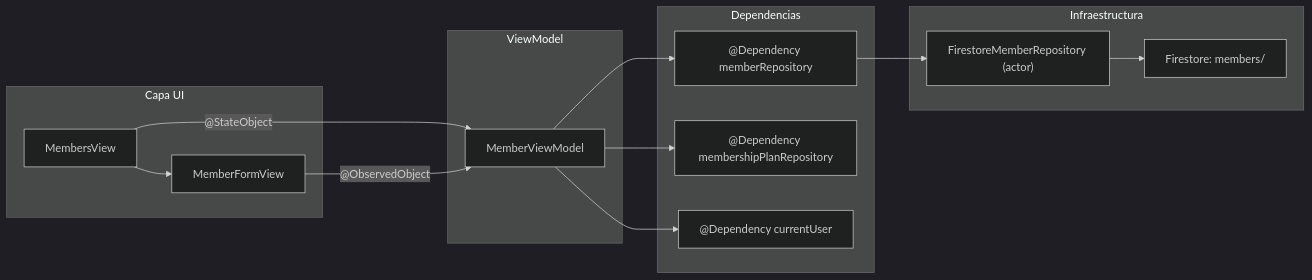
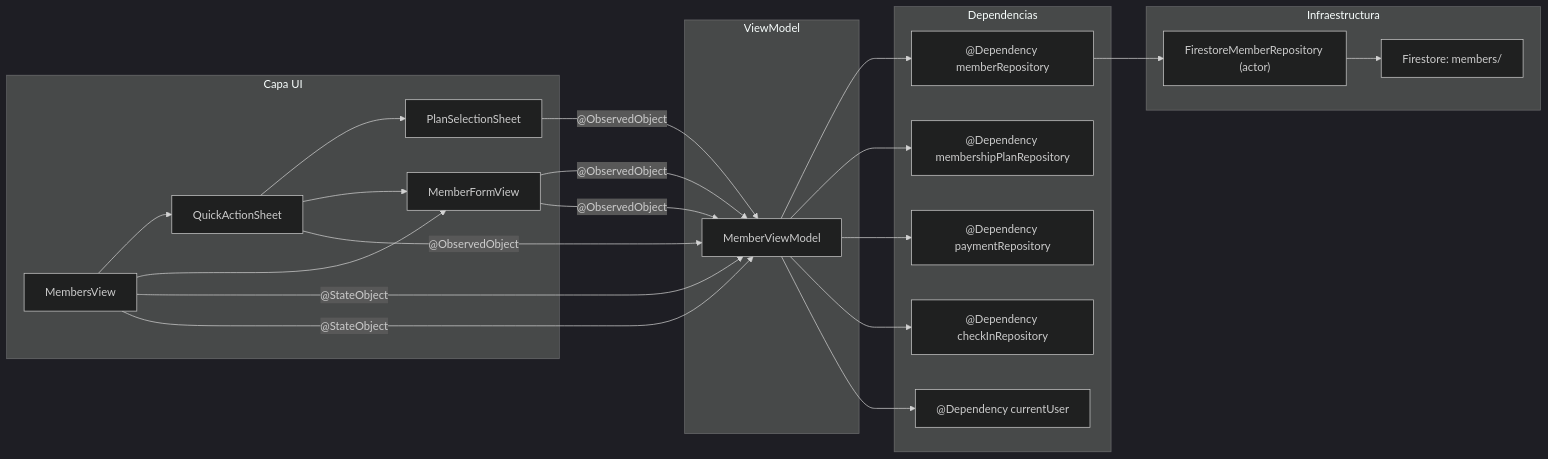
One commit to fsaldivar-dev/sajarubox-mcp changed the first of 6 diagrams in knowledge/ios-implementation/06-member-module.md. Above: the diagram before and after it, drawn with Mermaid (dark theme). The commit also changed other lines of this file and 5 other files, not shown here.

First line of the commit message:
docs: v1.4.0 — QuickActionSheet, cobro rapido de visita y primera visita gratis

````diff
--- a/knowledge/ios-implementation/06-member-module.md
+++ b/knowledge/ios-implementation/06-member-module.md
@@ -36,29 +38,40 @@
 ```mermaid
 flowchart LR
     subgraph ui [Capa UI]
+        MembersView --> QuickActionSheet
+        QuickActionSheet --> PlanSelectionSheet
+        QuickActionSheet --> MemberFormView
         MembersView --> MemberFormView
     end
 
     subgraph vm [ViewModel]
         MemberViewModel
     end
 
     subgraph deps [Dependencias]
         MemberRepo["@Dependency memberRepository"]
         PlanRepo["@Dependency membershipPlanRepository"]
+        PaymentRepo["@Dependency paymentRepository"]
+        CheckInRepo["@Dependency checkInRepository"]
         CurrentUser["@Dependency currentUser"]
     end
 
     subgraph infra [Infraestructura]
         FirestoreMemberRepo["FirestoreMemberRepository (actor)"]
         Firestore["Firestore: members/"]
     end
 
     MembersView -->|"@StateObject"| MemberViewModel
     MemberFormView -->|"@ObservedObject"| MemberViewModel
+    MembersView -->|"@StateObject"| MemberViewModel
+    QuickActionSheet -->|"@ObservedObject"| MemberViewModel
+    PlanSelectionSheet -->|"@ObservedObject"| MemberViewModel
+    MemberFormView -->|"@ObservedObject"| MemberViewModel
     MemberViewModel --> MemberRepo
     MemberViewModel --> PlanRepo
+    MemberViewModel --> PaymentRepo
+    MemberViewModel --> CheckInRepo
     MemberViewModel --> CurrentUser
     MemberRepo --> FirestoreMemberRepo
     FirestoreMemberRepo --> Firestore
 ```
````
